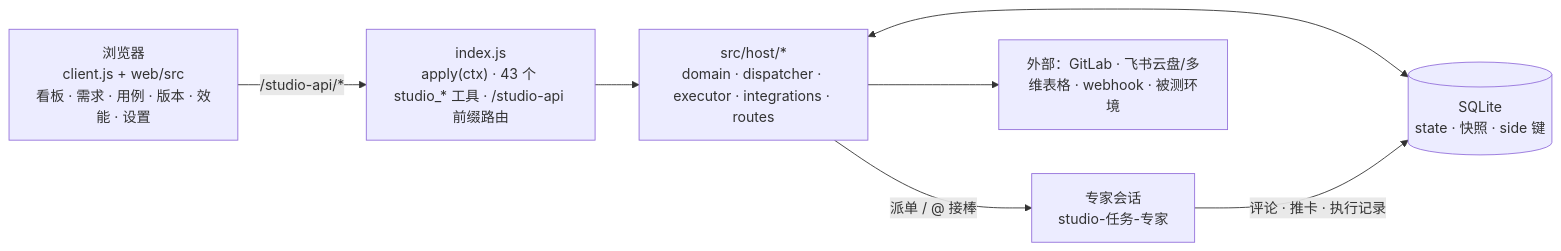
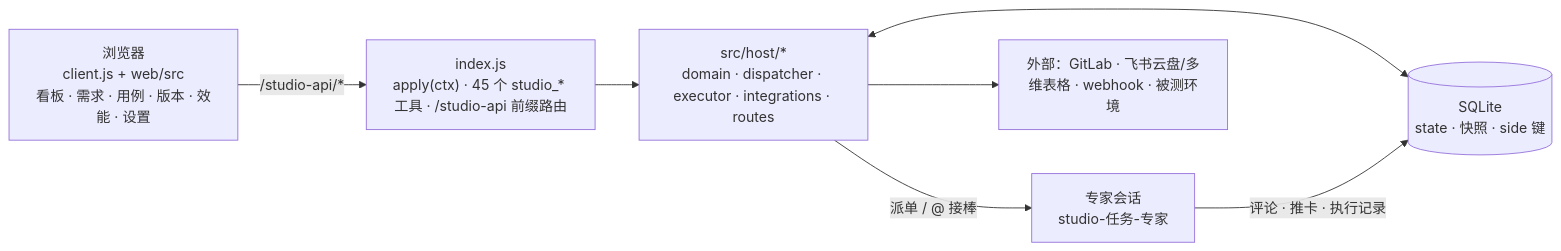
Before and after one commit to linchuncheng/dsh-studio: the diagram in README.md, drawn with Mermaid. The commit also changed other lines of this file and 15 other files, not shown here.

````diff
--- a/README.md
+++ b/README.md
@@ -47,15 +47,15 @@
 ```mermaid
 flowchart LR
   UI["浏览器<br/>client.js + web/src<br/>看板 · 需求 · 用例 · 版本 · 效能 · 设置"]
-  API["index.js<br/>apply(ctx) · 43 个 studio_* 工具 · /studio-api 前缀路由"]
+  API["index.js<br/>apply(ctx) · 45 个 studio_* 工具 · /studio-api 前缀路由"]
   HOST["src/host/*<br/>domain · dispatcher · executor · integrations · routes"]
   DB[("SQLite<br/>state · 快照 · side 键")]
   AGENT["专家会话<br/>studio-任务-专家"]
   EXT["外部：GitLab · 飞书云盘/多维表格 · webhook · 被测环境"]
   UI -->|"/studio-api/*"| API
   API --> HOST
   HOST <--> DB
   HOST -->|"派单 / @ 接棒"| AGENT
   AGENT -->|"评论 · 推卡 · 执行记录"| DB
   HOST --> EXT
 ```
````
